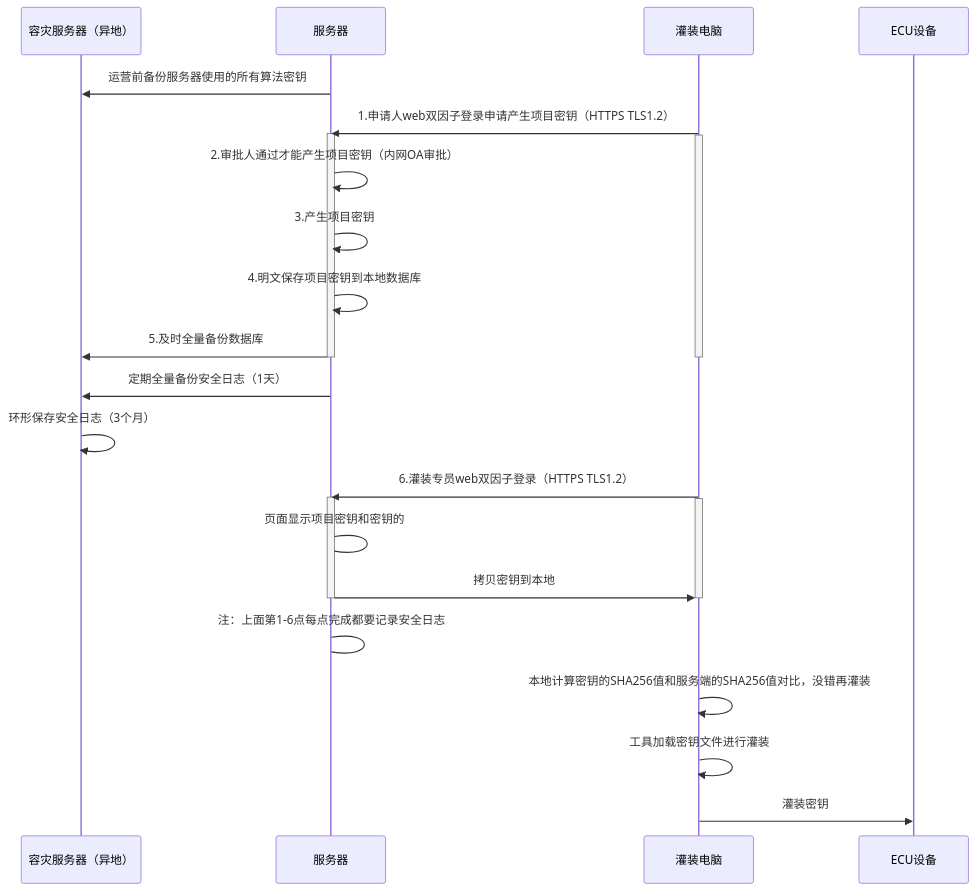
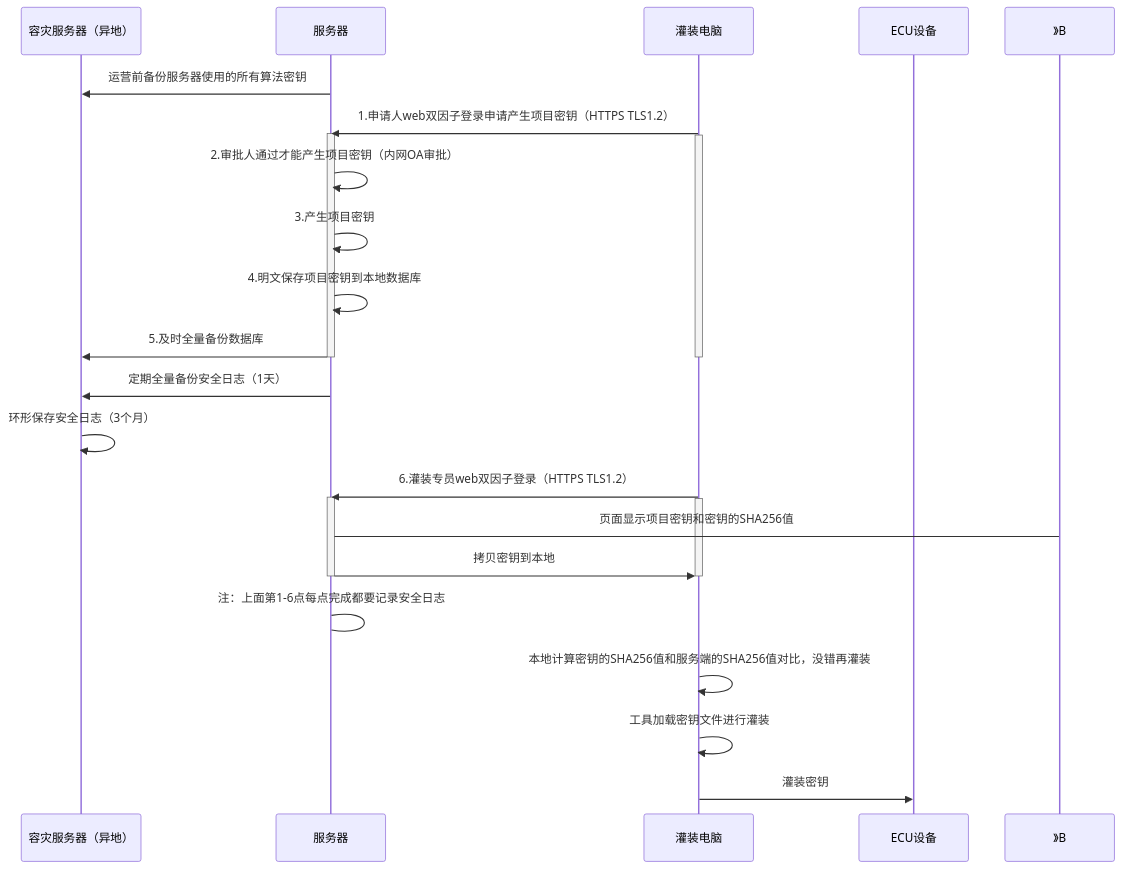
One commit to facebook-cloud/iodraw-files changed the diagram in all/未命名-20.md. Above: the diagram before and after it, drawn with Mermaid.

Commit message:
2026-03-28 09:38:16 update

````diff
--- a/all/未命名-20.md
+++ b/all/未命名-20.md
@@ -1,36 +1,36 @@
 ```mermaid
 sequenceDiagram
     participant A as 容灾服务器（异地）
     participant B as 服务器
     participant D as 灌装电脑
     participant E as ECU设备
 
     B->>A: 运营前备份服务器使用的所有算法密钥
     D->>B: 1.申请人web双因子登录申请产生项目密钥（HTTPS TLS1.2）
     activate B
     activate D
     B->>B: 2.审批人通过才能产生项目密钥（内网OA审批）
     B->>B: 3.产生项目密钥
     B->>B: 4.明文保存项目密钥到本地数据库
     B->>A: 5.及时全量备份数据库
 
     deactivate B
     deactivate D
 
     B->>A: 定期全量备份安全日志（1天）
     A->>A: 环形保存安全日志（3个月）
     
     D->>B: 6.灌装专员web双因子登录（HTTPS TLS1.2）
     activate B
     activate D
-    B->B: 页面显示项目密钥和密钥的
+    B->》B: 页面显示项目密钥和密钥的SHA256值
     B->>D: 拷贝密钥到本地
     deactivate B
     deactivate D
     B->B: 注：上面第1-6点每点完成都要记录安全日志
 
     D->>D:本地计算密钥的SHA256值和服务端的SHA256值对比，没错再灌装
     D->>D:工具加载密钥文件进行灌装
     
     D->>E: 灌装密钥
 ```
````
